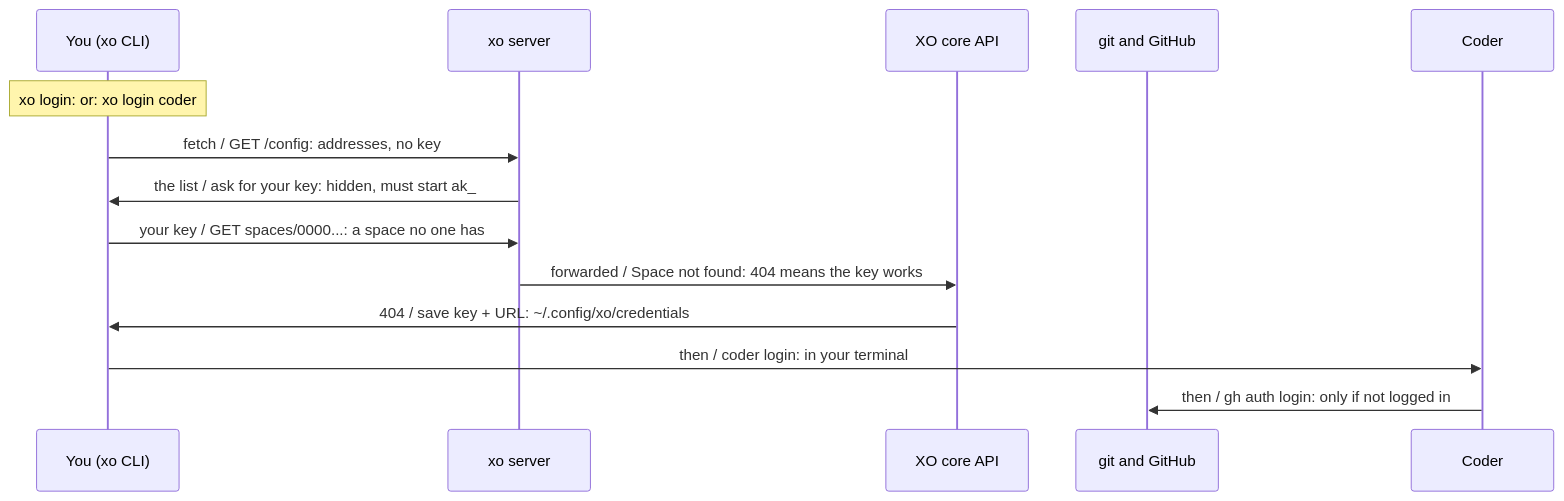
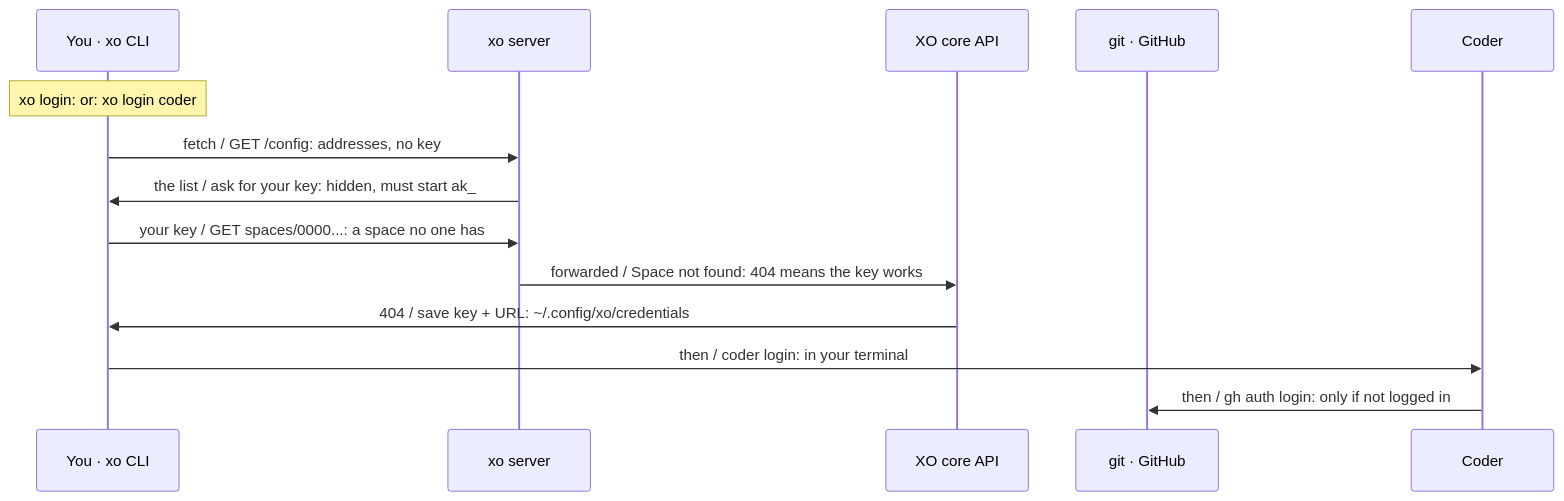
Before and after one commit to quirq-ai/xo: the third of 30 diagrams in docs/architecture.md, drawn with Mermaid. The commit also changed other lines of this file and 13 other files, not shown here.

First line of the commit message:
xo create: one command for every space and project

````diff
--- a/docs/architecture.md
+++ b/docs/architecture.md
@@ -106,16 +106,16 @@
 ```mermaid
 sequenceDiagram
-  participant CLI as You (xo CLI)
-  participant Server as xo server
-  participant XO as XO core API
-  participant Git as git and GitHub
+  participant Cli as You · xo CLI
+  participant Srv as xo server
+  participant Xo as XO core API
+  participant Git as git · GitHub
   participant Coder as Coder
-  Note over CLI: xo login: or: xo login coder
-  CLI->>Server: fetch / GET /config: addresses, no key
-  Server->>CLI: the list / ask for your key: hidden, must start ak_
-  CLI->>Server: your key / GET spaces/0000...: a space no one has
-  Server->>XO: forwarded / Space not found: 404 means the key works
-  XO->>CLI: 404 / save key + URL: ~/.config/xo/credentials
-  CLI->>Coder: then / coder login: in your terminal
+  Note over Cli: xo login: or: xo login coder
+  Cli->>Srv: fetch / GET /config: addresses, no key
+  Srv->>Cli: the list / ask for your key: hidden, must start ak_
+  Cli->>Srv: your key / GET spaces/0000...: a space no one has
+  Srv->>Xo: forwarded / Space not found: 404 means the key works
+  Xo->>Cli: 404 / save key + URL: ~/.config/xo/credentials
+  Cli->>Coder: then / coder login: in your terminal
   Coder->>Git: then / gh auth login: only if not logged in
 ```
````
